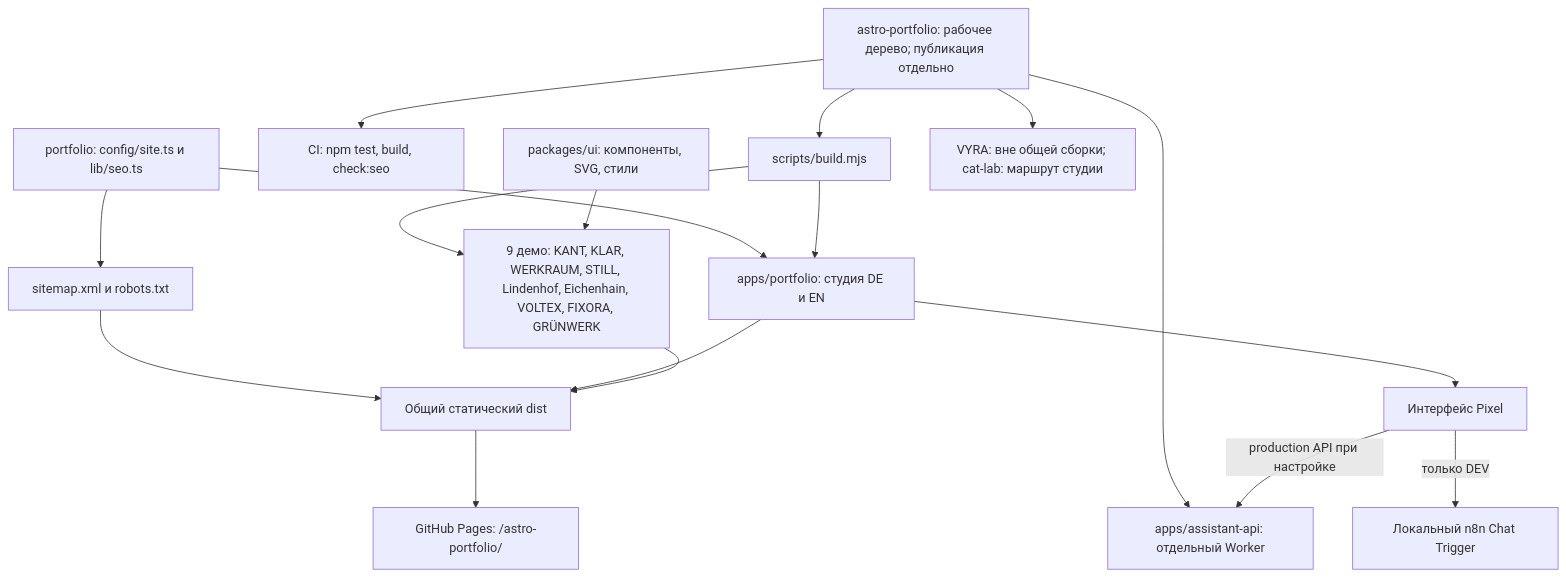
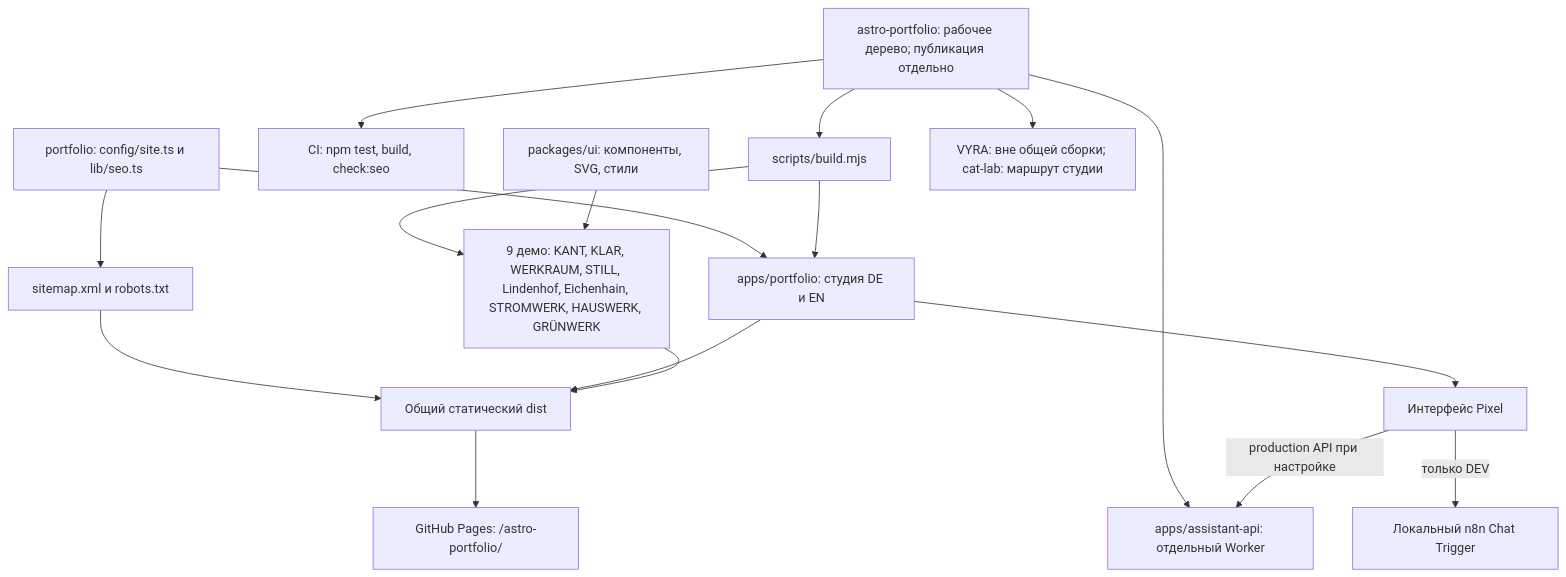
Before and after one commit to girda/astro-portfolio: the first of 4 diagrams in docs/ARCHITECTURE.md, drawn with Mermaid. The commit also changed other lines of this file and 8 other files, not shown here.

````diff
--- a/docs/ARCHITECTURE.md
+++ b/docs/ARCHITECTURE.md
@@ -7,19 +7,19 @@
 ```mermaid
 flowchart TD
   Repo["astro-portfolio: рабочее дерево; публикация отдельно"] --> Build["scripts/build.mjs"]
   Repo --> CI["CI: npm test, build, check:seo"]
   SEO["portfolio: config/site.ts и lib/seo.ts"] --> Studio
   SEO --> Endpoints["sitemap.xml и robots.txt"]
   Endpoints --> Output
   Build --> Studio["apps/portfolio: студия DE и EN"]
-  Build --> Demos["9 демо: KANT, KLAR, WERKRAUM, STILL, Lindenhof, Eichenhain, VOLTEX, FIXORA, GRÜNWERK"]
+  Build --> Demos["9 демо: KANT, KLAR, WERKRAUM, STILL, Lindenhof, Eichenhain, STROMWERK, HAUSWERK, GRÜNWERK"]
   Studio --> Output["Общий статический dist"]
   Demos --> Output
   Output --> Pages["GitHub Pages: /astro-portfolio/"]
   UI["packages/ui: компоненты, SVG, стили"] --> Demos
   Repo --> Experiments["VYRA: вне общей сборки; cat-lab: маршрут студии"]
   Repo --> API["apps/assistant-api: отдельный Worker"]
   Studio --> Pixel["Интерфейс Pixel"]
   Pixel -->|"production API при настройке"| API
   Pixel -->|"только DEV"| N8n["Локальный n8n Chat Trigger"]
 ```
````
